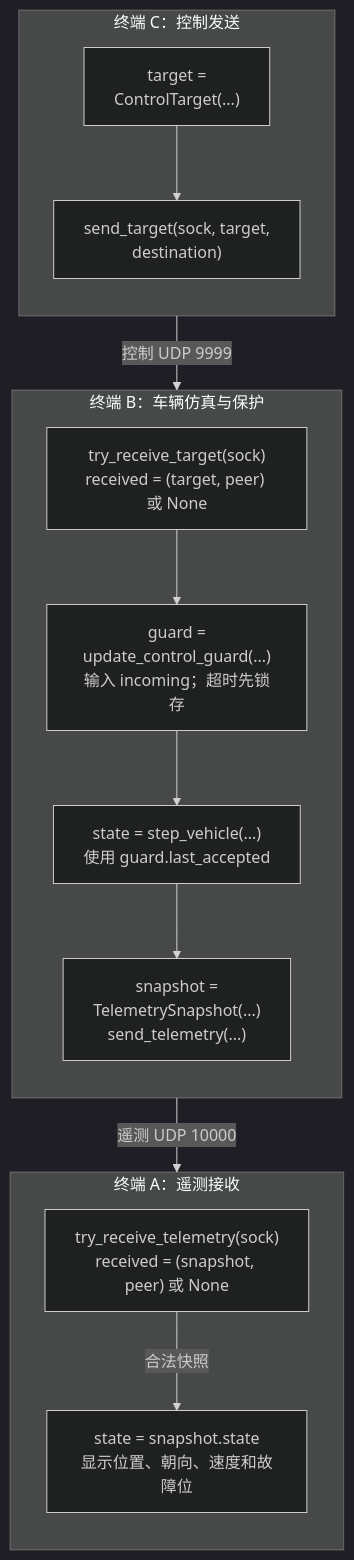
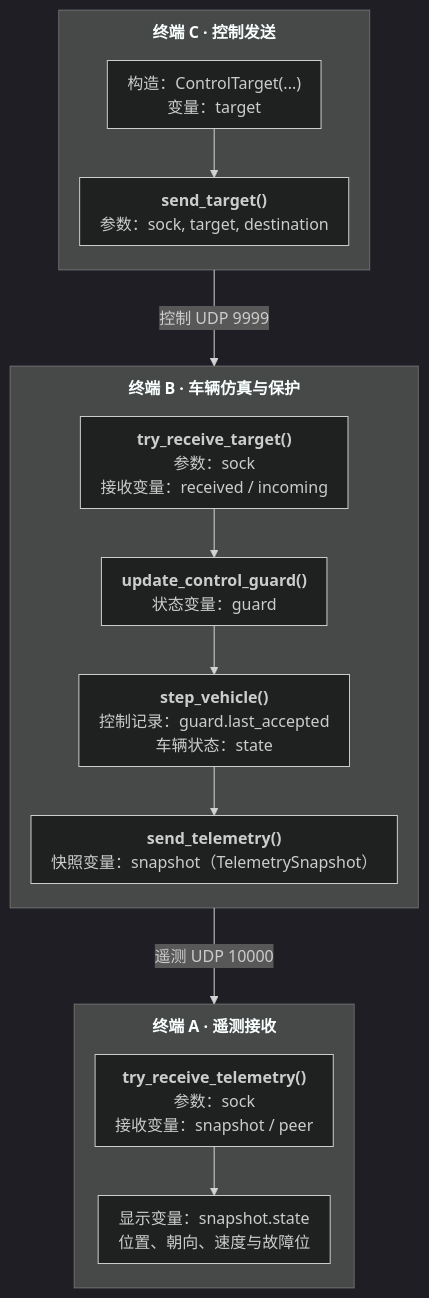
Before and after one commit to must-dsnet-lab/network-programming-project: the second of 3 diagrams in README.md, drawn with Mermaid (dark theme). The commit also changed other lines of this file and 3 other files, not shown here.

````diff
--- a/README.md
+++ b/README.md
@@ -52,28 +286,29 @@
 ```mermaid
+%%{init: {"flowchart": {"wrappingWidth": 380, "nodeSpacing": 22, "rankSpacing": 24, "padding": 10, "curve": "linear", "subGraphTitleMargin": {"top": 10, "bottom": 16}}}}%%
 flowchart TB
-    subgraph SG_C["终端 C：控制发送"]
+    subgraph SG_C["<b>终端 C · 控制发送</b>"]
         direction TB
-        c_target["target =<br/>ControlTarget(...)"]
-        c_send["send_target(sock, target,<br/>destination)"]
+        c_target["构造：ControlTarget(...)<br/>变量：target"]
+        c_send["<b>send_target()</b><br/>参数：sock, target, destination"]
         c_target --> c_send
     end
 
-    subgraph SG_B["终端 B：车辆仿真与保护"]
+    subgraph SG_B["<b>终端 B · 车辆仿真与保护</b>"]
         direction TB
-        b_receive["try_receive_target(sock)<br/>received = (target, peer) 或 None"]
-        b_guard["guard =<br/>update_control_guard(...)<br/>输入 incoming；超时先锁存"]
-        b_step["state = step_vehicle(...)<br/>使用 guard.last_accepted"]
-        b_telemetry["snapshot =<br/>TelemetrySnapshot(...)<br/>send_telemetry(...)"]
+        b_receive["<b>try_receive_target()</b><br/>参数：sock<br/>接收变量：received / incoming"]
+        b_guard["<b>update_control_guard()</b><br/>状态变量：guard"]
+        b_step["<b>step_vehicle()</b><br/>控制记录：guard.last_accepted<br/>车辆状态：state"]
+        b_telemetry["<b>send_telemetry()</b><br/>快照变量：snapshot（TelemetrySnapshot）"]
         b_receive --> b_guard --> b_step --> b_telemetry
     end
 
-    subgraph SG_A["终端 A：遥测接收"]
+    subgraph SG_A["<b>终端 A · 遥测接收</b>"]
         direction TB
-        a_receive["try_receive_telemetry(sock)<br/>received = (snapshot, peer) 或 None"]
-        a_display["state = snapshot.state<br/>显示位置、朝向、速度和故障位"]
-        a_receive -->|合法快照| a_display
+        a_receive["<b>try_receive_telemetry()</b><br/>参数：sock<br/>接收变量：snapshot / peer"]
+        a_display["显示变量：snapshot.state<br/>位置、朝向、速度与故障位"]
+        a_receive --> a_display
     end
 
-    SG_C -->|控制 UDP 9999| SG_B
-    SG_B -->|遥测 UDP 10000| SG_A
+    SG_C ---->|"控制 UDP 9999"| SG_B
+    SG_B ---->|"遥测 UDP 10000"| SG_A
 ```
````
